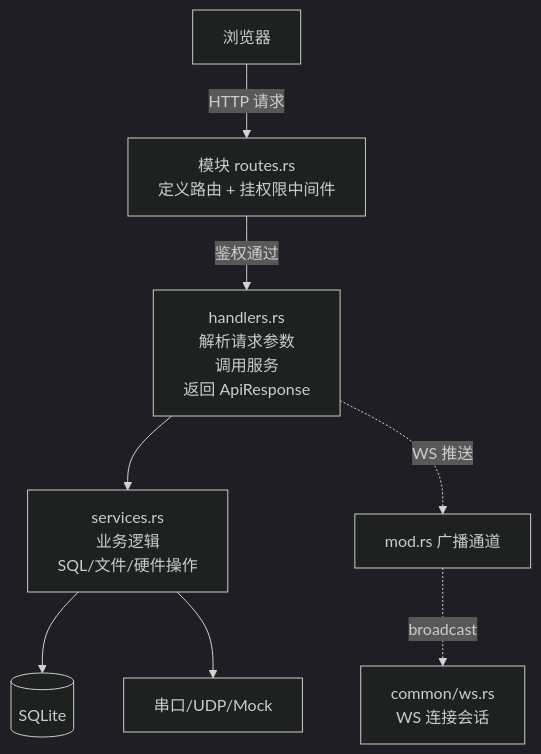
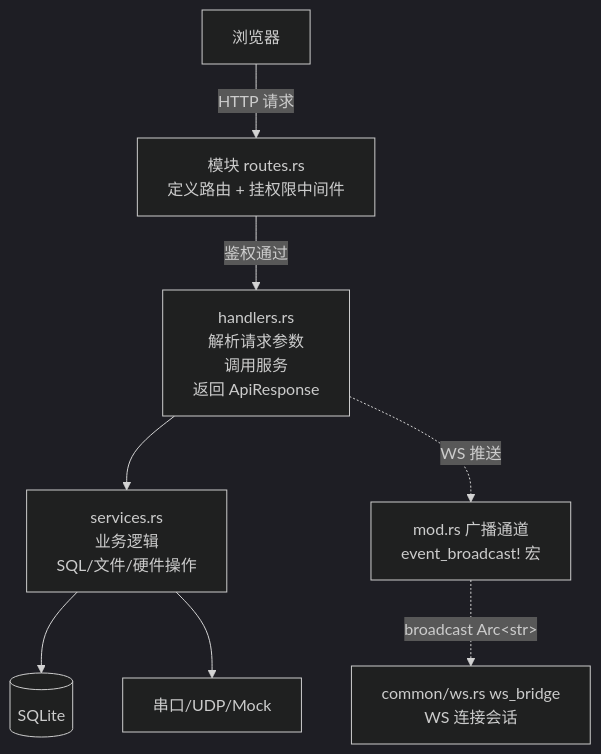
The fourth of 17 diagrams in docs/tutorial/01-项目全景.md (3123958139/RustWeb-Vue), drawn with Mermaid (dark theme) before and after one commit. The commit also changed other lines of this file and 8 other files, not shown here.

````diff
--- a/docs/tutorial/01-项目全景.md
+++ b/docs/tutorial/01-项目全景.md
@@ -257,10 +283,10 @@
 ```mermaid
 flowchart TD
     Client[浏览器] -->|HTTP 请求| R[模块 routes.rs<br/>定义路由 + 挂权限中间件]
     R -->|鉴权通过| H[handlers.rs<br/>解析请求参数<br/>调用服务<br/>返回 ApiResponse]
     H --> S[services.rs<br/>业务逻辑<br/>SQL/文件/硬件操作]
     S --> DB[(SQLite)]
     S --> HW[串口/UDP/Mock]
-    H -.WS 推送.-> B[mod.rs 广播通道]
-    B -.broadcast.-> W[common/ws.rs<br/>WS 连接会话]
+    H -.WS 推送.-> B[mod.rs 广播通道<br/>event_broadcast! 宏]
+    B -.broadcast Arc&lt;str&gt;.-> W[common/ws.rs ws_bridge<br/>WS 连接会话]
 ```
````
